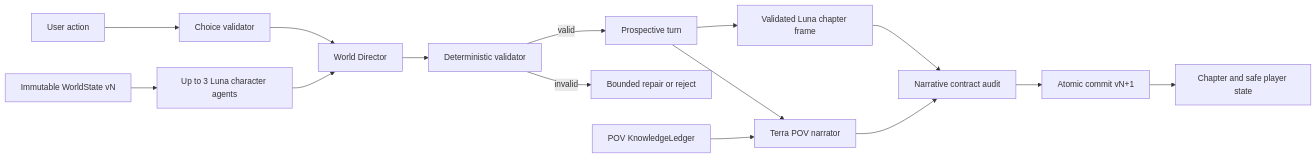
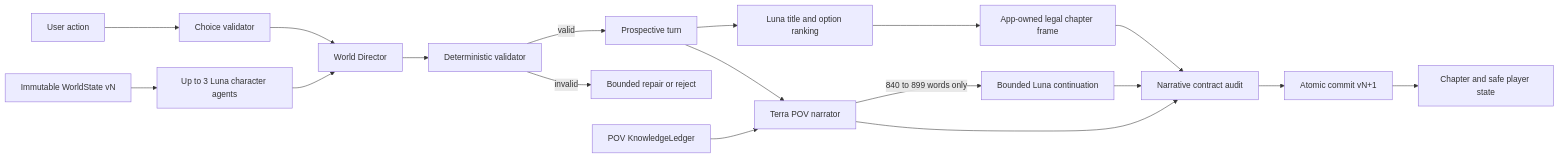
The diagram in docs/ARCHITECTURE.md (shivam-g10/infinite-litrpg), drawn with Mermaid before and after one commit. The commit also changed other lines of this file and 15 other files, not shown here.

````diff
--- a/docs/ARCHITECTURE.md
+++ b/docs/ARCHITECTURE.md
@@ -7,17 +7,20 @@
 ```mermaid
 flowchart LR
     U["User action"] --> P["Choice validator"]
     S["Immutable WorldState vN"] --> A["Up to 3 Luna character agents"]
     P --> D["World Director"]
     A --> D
     D --> V["Deterministic validator"]
     V -->|valid| T["Prospective turn"]
     V -->|invalid| R["Bounded repair or reject"]
-    T --> F["Validated Luna chapter frame"]
+    T --> F["Luna title and option ranking"]
+    F --> G["App-owned legal chapter frame"]
     T --> N["Terra POV narrator"]
     K["POV KnowledgeLedger"] --> N
-    F --> Q["Narrative contract audit"]
+    N -->|840 to 899 words only| L["Bounded Luna continuation"]
+    L --> Q["Narrative contract audit"]
+    G --> Q
     N --> Q["Narrative contract audit"]
     Q --> C["Atomic commit vN+1"]
     C --> H["Chapter and safe player state"]
 ```
````
